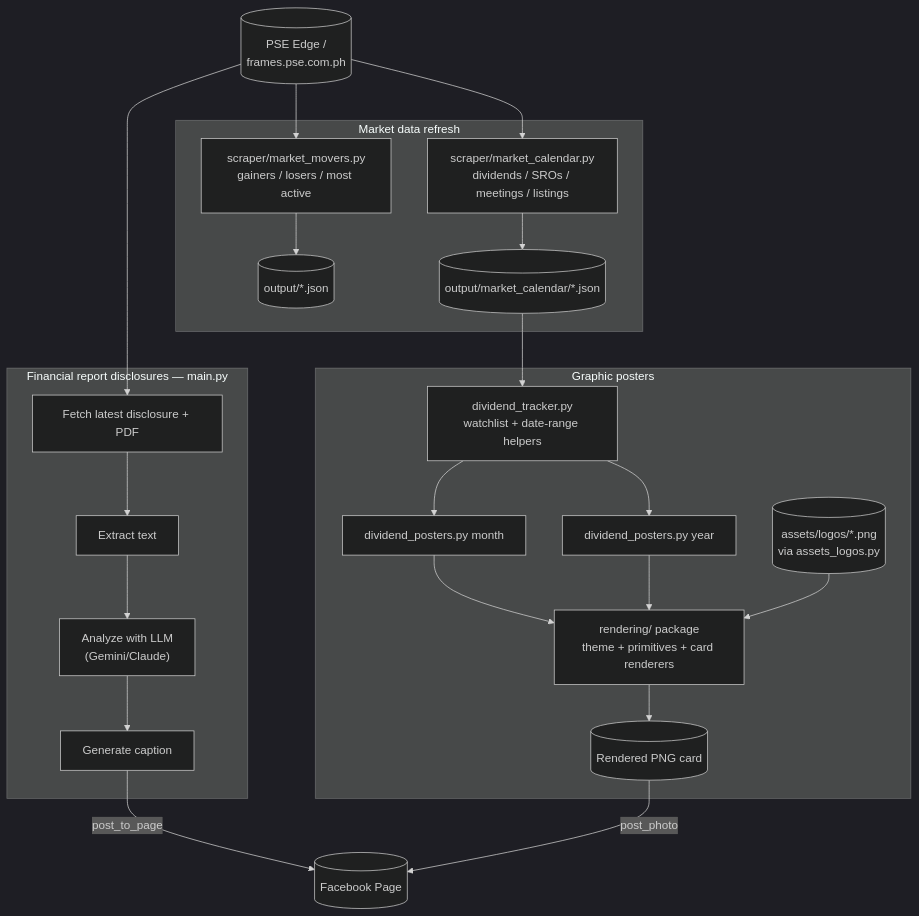
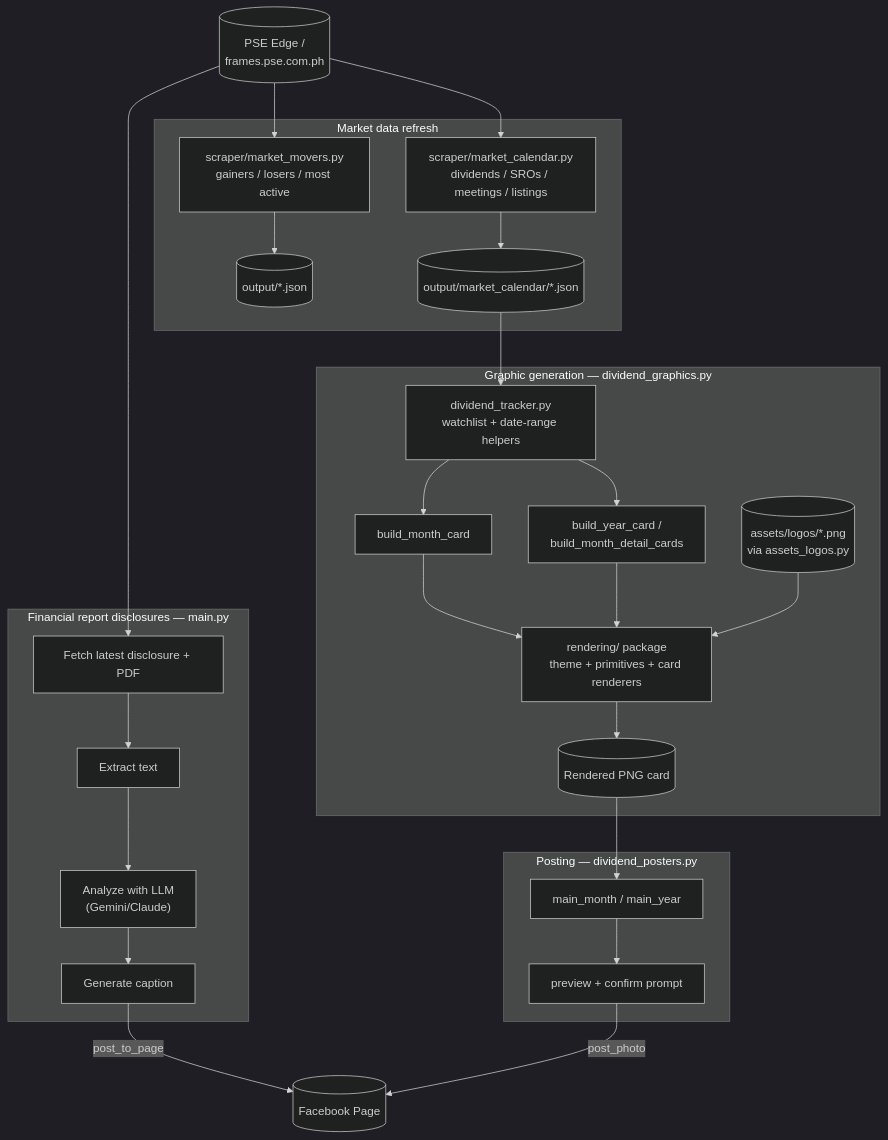
One commit to carljustineoyales/ai_financial_sns_page changed the diagram in README.md. Above: the diagram before and after it, drawn with Mermaid (dark theme). The commit also changed other lines of this file and 3 other files, not shown here.

First line of the commit message:
refactor(dividend-posters): separate graphic generation from Facebook posting

````diff
--- a/README.md
+++ b/README.md
@@ -32,42 +37,49 @@
 ```mermaid
 flowchart TD
     PSE[(PSE Edge /\nframes.pse.com.ph)]
 
     subgraph Disclosures["Financial report disclosures — main.py"]
         D1[Fetch latest disclosure + PDF]
         D2[Extract text]
         D3["Analyze with LLM\n(Gemini/Claude)"]
         D4[Generate caption]
         D1 --> D2 --> D3 --> D4
     end
     PSE --> D1
 
     subgraph MarketData["Market data refresh"]
         M1["scraper/market_movers.py\ngainers / losers / most active"]
         M2["scraper/market_calendar.py\ndividends / SROs / meetings / listings"]
         OUT1[(output/*.json)]
         OUT2[(output/market_calendar/*.json)]
         M1 --> OUT1
         M2 --> OUT2
     end
     PSE --> M1
     PSE --> M2
 
-    subgraph Graphics["Graphic posters"]
+    subgraph Graphics["Graphic generation — dividend_graphics.py"]
         WL["dividend_tracker.py\nwatchlist + date-range helpers"]
-        G1[dividend_posters.py month]
-        G2[dividend_posters.py year]
+        G1[build_month_card]
+        G2[build_year_card /\nbuild_month_detail_cards]
         R["rendering/ package\ntheme + primitives + card renderers"]
         LOGOS[(assets/logos/*.png\nvia assets_logos.py)]
         PNG[(Rendered PNG card)]
         WL --> G1 --> R
         WL --> G2 --> R
         LOGOS --> R
         R --> PNG
     end
     OUT2 --> WL
 
+    subgraph Posting["Posting — dividend_posters.py"]
+        P1[main_month / main_year]
+        P2[preview + confirm prompt]
+        P1 --> P2
+    end
+    PNG --> P1
+
     FB[(Facebook Page)]
     D4 -- post_to_page --> FB
-    PNG -- post_photo --> FB
+    P2 -- post_photo --> FB
 ```
````
